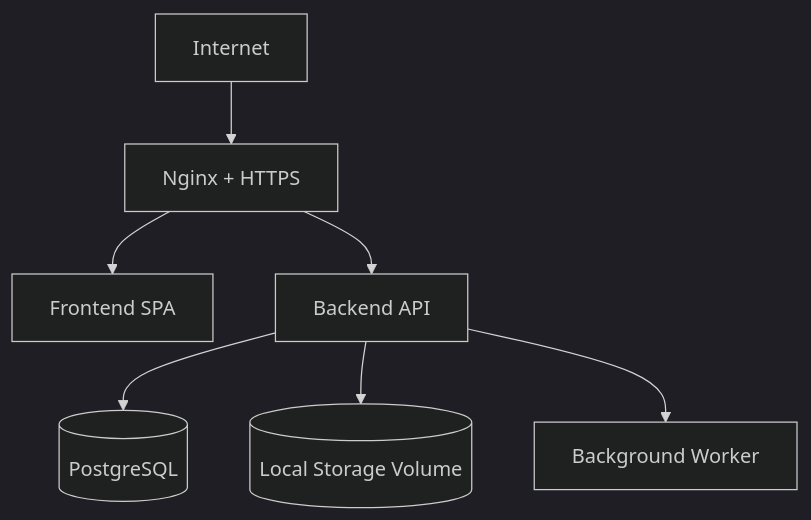
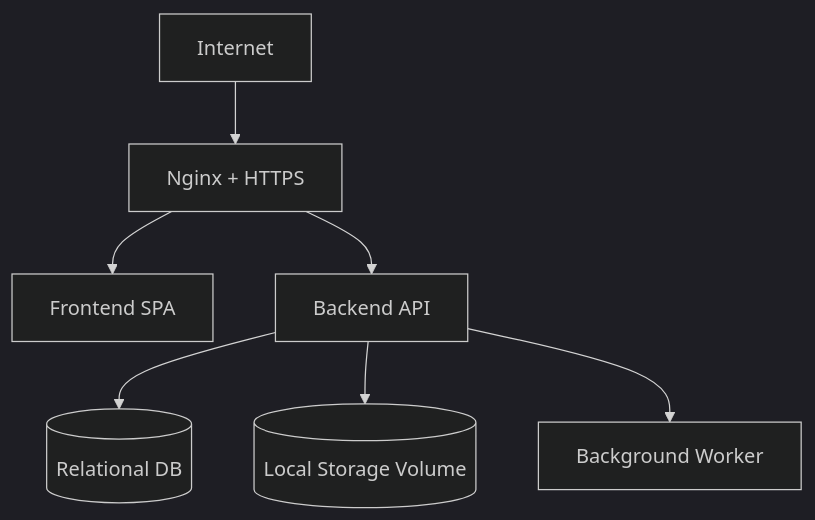
Before and after one commit to dom-lud/WeedingGalery: the diagram in docs/operations/DEPLOYMENT.md, drawn with Mermaid (dark theme). The commit also changed other lines of this file and 24 other files, not shown here.

````diff
--- a/docs/operations/DEPLOYMENT.md
+++ b/docs/operations/DEPLOYMENT.md
@@ -18,9 +19,9 @@
 ```mermaid
 flowchart TD
     Internet --> Nginx[Nginx + HTTPS]
     Nginx --> Frontend[Frontend SPA]
     Nginx --> Backend[Backend API]
-    Backend --> Postgres[(PostgreSQL)]
+    Backend --> Database[(Relational DB)]
     Backend --> Storage[(Local Storage Volume)]
     Backend --> Worker[Background Worker]
 ```
````
